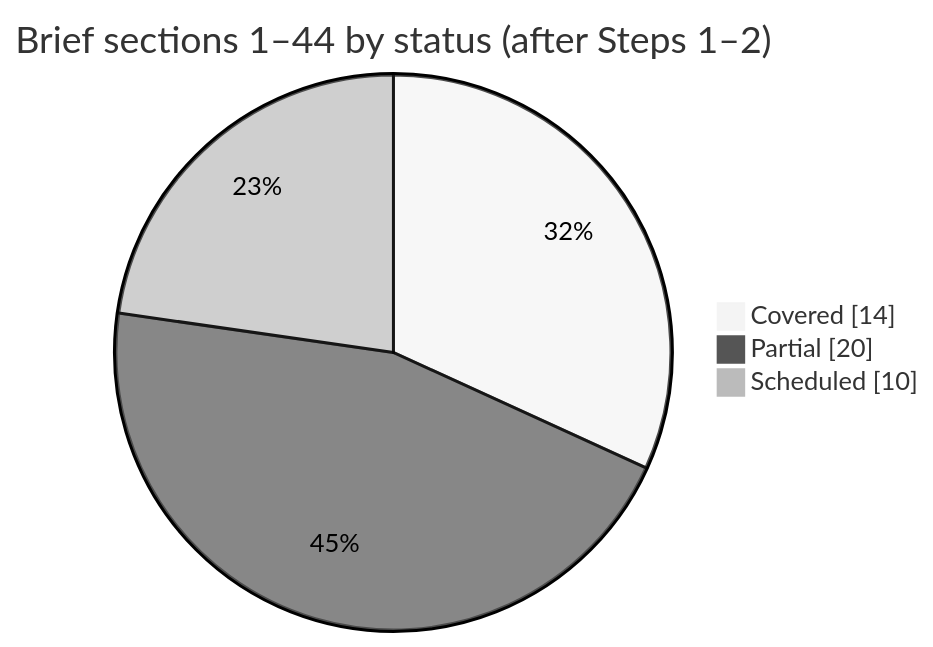
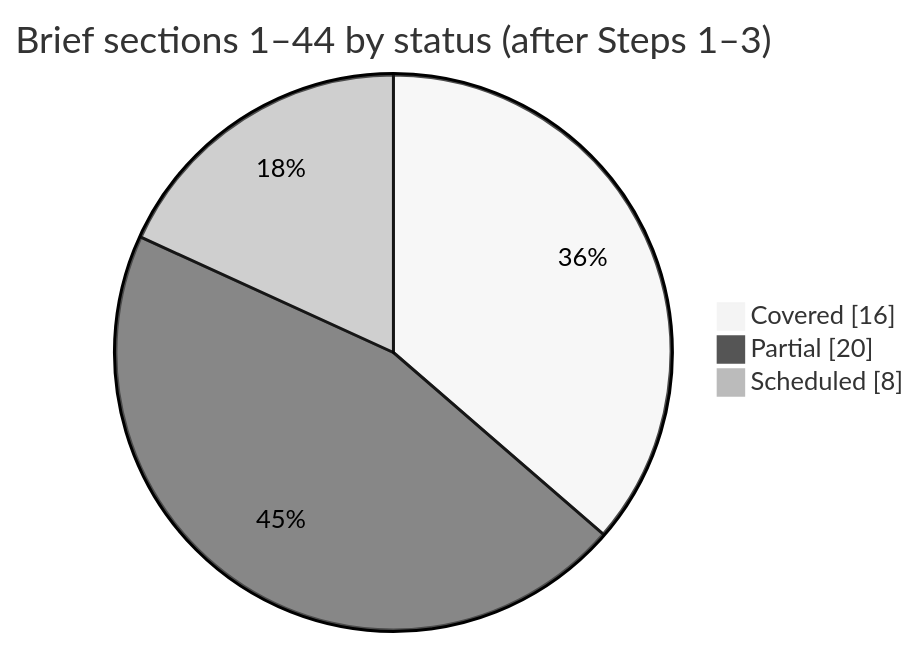
Before and after one commit to adityayadav30561-rgb/MASTER-ERP: the diagram in docs/tracking/COVERAGE-MATRIX.md, drawn with Mermaid (neutral theme). The commit also changed other lines of this file and 27 other files, not shown here.

````diff
--- a/docs/tracking/COVERAGE-MATRIX.md
+++ b/docs/tracking/COVERAGE-MATRIX.md
@@ -14,7 +14,7 @@
 ```mermaid
 pie showData
-    title Brief sections 1–44 by status (after Steps 1–2)
-    "Covered" : 14
+    title Brief sections 1–44 by status (after Steps 1–3)
+    "Covered" : 16
     "Partial" : 20
-    "Scheduled" : 10
+    "Scheduled" : 8
 ```
````
